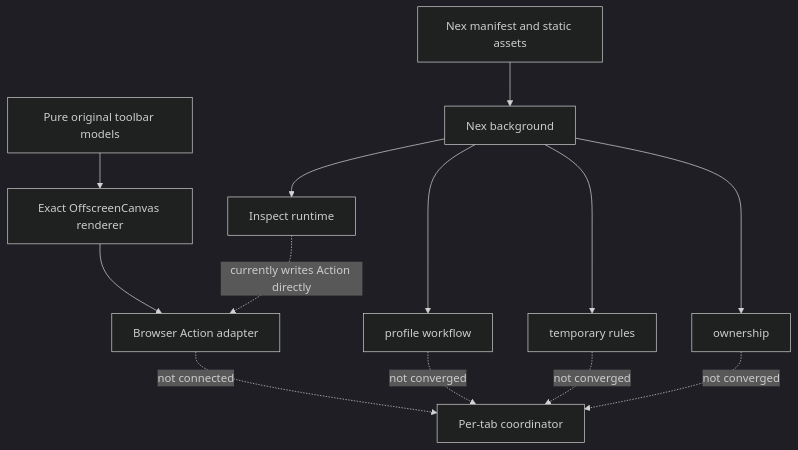
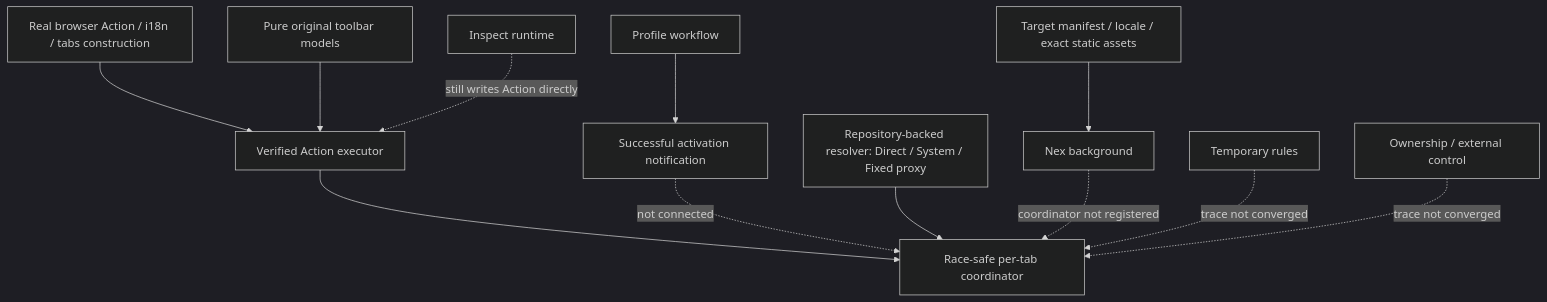
The second of 2 diagrams in docs/DELIVERY_ORDER_01_TOOLBAR_STATE.md (ChriX-Goh/ZeroOmega-Nex), drawn with Mermaid (dark theme) before and after one commit. The commit also changed other lines of this file and 1 other file, not shown here.

Commit message:
docs: sync Session 8 toolbar checkpoint

````diff
--- a/docs/DELIVERY_ORDER_01_TOOLBAR_STATE.md
+++ b/docs/DELIVERY_ORDER_01_TOOLBAR_STATE.md
@@ -112,15 +132,14 @@
 ```mermaid
 graph TD
-  M[Nex manifest and static assets] --> B[Nex background]
-  B --> WF[profile workflow]
-  B --> TEMP[temporary rules]
-  B --> OWN[ownership]
-  B --> INSPECT[Inspect runtime]
-  PURE[Pure original toolbar models] --> RENDER[Exact OffscreenCanvas renderer]
-  RENDER --> ACTION[Browser Action adapter]
-  ACTION -. not connected .-> COORD[Per-tab coordinator]
-  WF -. not converged .-> COORD
-  TEMP -. not converged .-> COORD
-  OWN -. not converged .-> COORD
-  INSPECT -. currently writes Action directly .-> ACTION
+  M[Target manifest / locale / exact static assets] --> B[Nex background]
+  API[Real browser Action / i18n / tabs construction] --> EXEC[Verified Action executor]
+  PURE[Pure original toolbar models] --> EXEC
+  EXEC --> COORD[Race-safe per-tab coordinator]
+  WF[Profile workflow] --> NOTICE[Successful activation notification]
+  NOTICE -. not connected .-> COORD
+  RES[Repository-backed resolver: Direct / System / Fixed proxy] --> COORD
+  B -. coordinator not registered .-> COORD
+  TEMP[Temporary rules] -. trace not converged .-> COORD
+  OWN[Ownership / external control] -. trace not converged .-> COORD
+  INSPECT[Inspect runtime] -. still writes Action directly .-> EXEC
 ```
````
